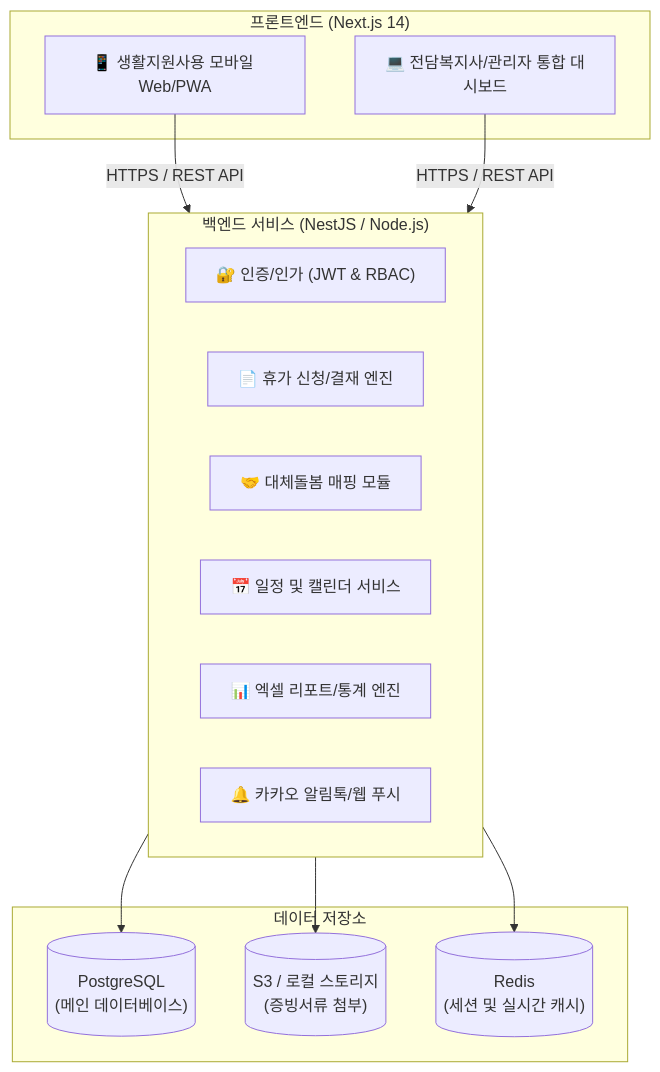
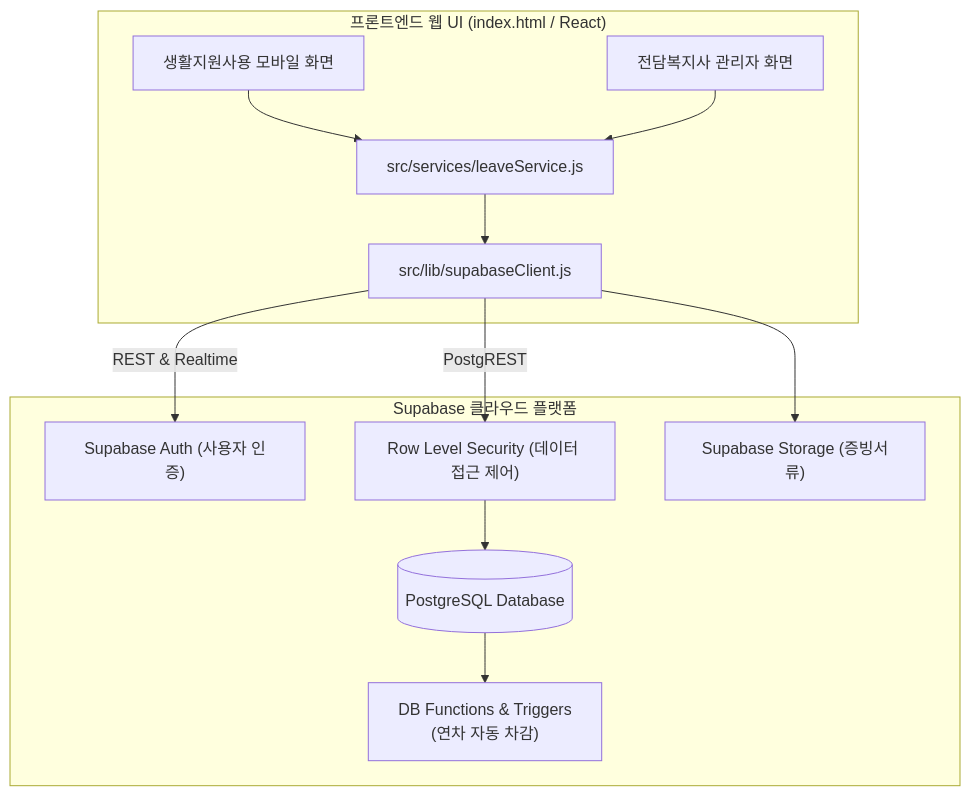
One commit to jinenji5123/-davemimi changed the second of 2 diagrams in README.md. Above: the diagram before and after it, drawn with Mermaid. The commit also changed other lines of this file and 5 other files, not shown here.

Commit message:
feat: Supabase 데이터베이스 연동 구조 구축 (schema.sql, 클라이언트 SDK, 서비스 모듈 및 웹 UI)

````diff
--- a/README.md
+++ b/README.md
@@ -115,28 +93,26 @@
 ```mermaid
 flowchart TD
-    subgraph ClientLayer ["프론트엔드 (Next.js 14)"]
-        MobileClient["📱 생활지원사용 모바일 Web/PWA"]
-        AdminClient["💻 전담복지사/관리자 통합 대시보드"]
+    subgraph Client ["프론트엔드 웹 UI (index.html / React)"]
+        UI_Worker["생활지원사용 모바일 화면"]
+        UI_Admin["전담복지사 관리자 화면"]
+        SupabaseClient["src/lib/supabaseClient.js"]
+        LeaveService["src/services/leaveService.js"]
     end
 
-    subgraph APILayer ["백엔드 서비스 (NestJS / Node.js)"]
-        AuthService["🔐 인증/인가 (JWT & RBAC)"]
-        LeaveService["📄 휴가 신청/결재 엔진"]
-        SubstituteService["🤝 대체돌봄 매핑 모듈"]
-        CalendarService["📅 일정 및 캘린더 서비스"]
-        ReportService["📊 엑셀 리포트/통계 엔진"]
-        NotificationService["🔔 카카오 알림톡/웹 푸시"]
+    subgraph SupabasePlatform ["Supabase 클라우드 플랫폼"]
+        Auth["Supabase Auth (사용자 인증)"]
+        RLS["Row Level Security (데이터 접근 제어)"]
+        DB[("PostgreSQL Database")]
+        Triggers["DB Functions & Triggers\n(연차 자동 차감)"]
+        Storage["Supabase Storage (증빙서류)"]
     end
 
-    subgraph StorageLayer ["데이터 저장소"]
-        DB[("PostgreSQL\n(메인 데이터베이스)")]
-        FileStore[("S3 / 로컬 스토리지\n(증빙서류 첨부)")]
-        RedisCache[("Redis\n(세션 및 실시간 캐시)")]
-    end
-
-    MobileClient -->|HTTPS / REST API| APILayer
-    AdminClient -->|HTTPS / REST API| APILayer
-    APILayer --> DB
-    APILayer --> FileStore
-    APILayer --> RedisCache
+    UI_Worker --> LeaveService
+    UI_Admin --> LeaveService
+    LeaveService --> SupabaseClient
+    SupabaseClient -->|REST & Realtime| Auth
+    SupabaseClient -->|PostgREST| RLS
+    RLS --> DB
+    DB --> Triggers
+    SupabaseClient --> Storage
 ```
````
